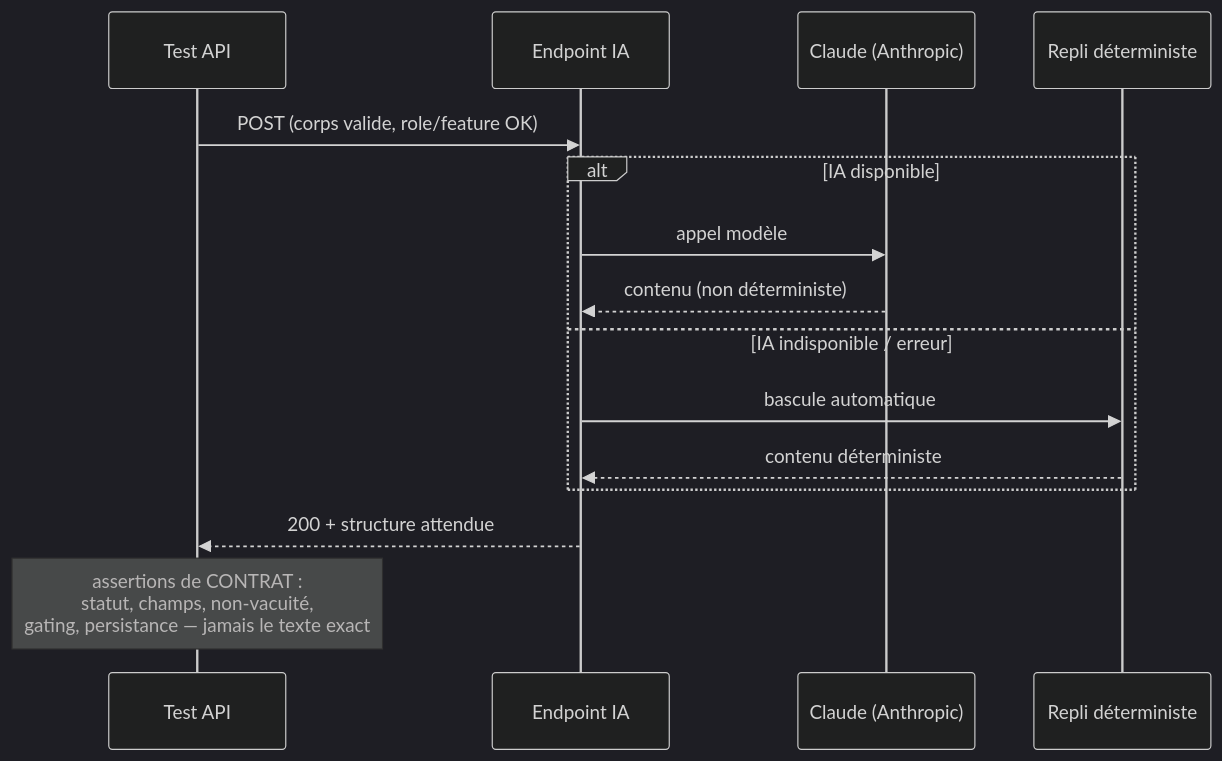
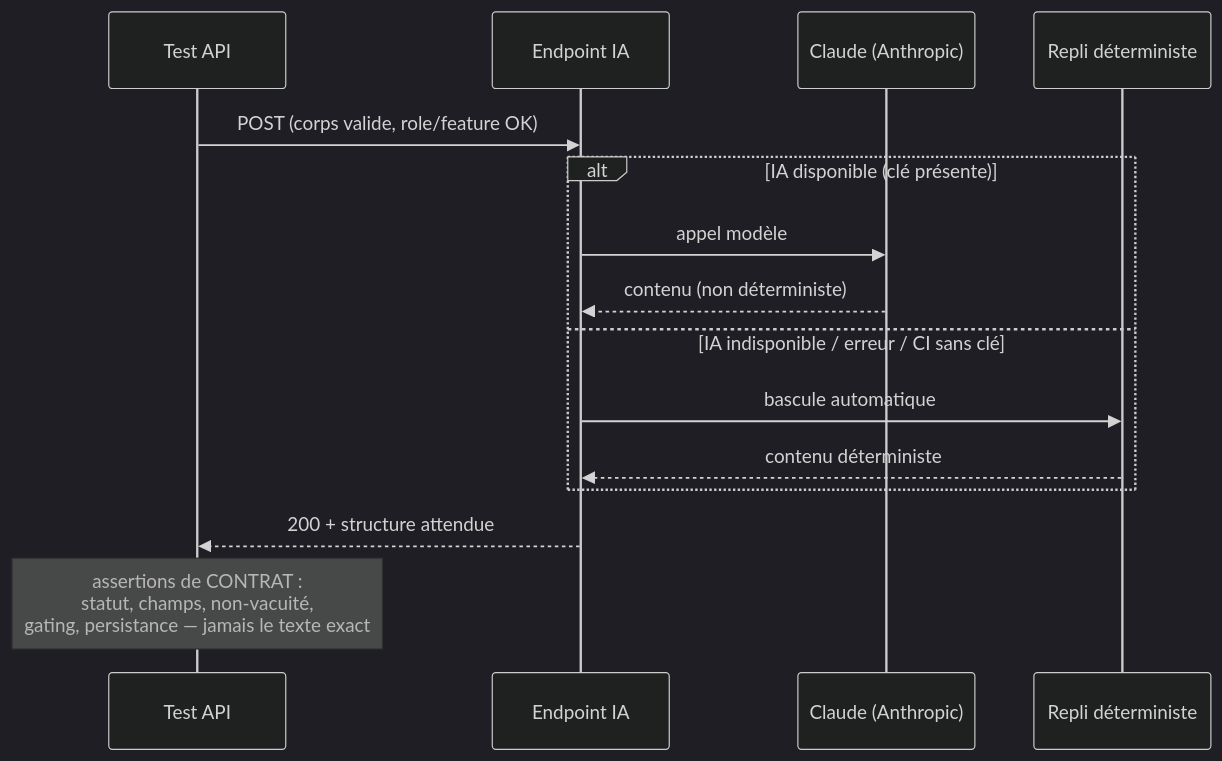
The second of 4 diagrams in app/api/src/wiki/content/testing-strategy.md (melafrit/FAD130_accompagnement_pro), drawn with Mermaid (dark theme) before and after one commit. The commit also changed other lines of this file and 14 other files, not shown here.

````diff
--- a/app/api/src/wiki/content/testing-strategy.md
+++ b/app/api/src/wiki/content/testing-strategy.md
@@ -96,17 +109,17 @@
 ```mermaid
 sequenceDiagram
     participant T as Test API
     participant API as Endpoint IA
     participant C as Claude (Anthropic)
     participant F as Repli déterministe
     T->>API: POST (corps valide, role/feature OK)
-    alt IA disponible
+    alt IA disponible (clé présente)
         API->>C: appel modèle
         C-->>API: contenu (non déterministe)
-    else IA indisponible / erreur
+    else IA indisponible / erreur / CI sans clé
         API->>F: bascule automatique
         F-->>API: contenu déterministe
     end
     API-->>T: 200 + structure attendue
     Note over T: assertions de CONTRAT :<br/>statut, champs, non-vacuité,<br/>gating, persistance — jamais le texte exact
 ```
````
